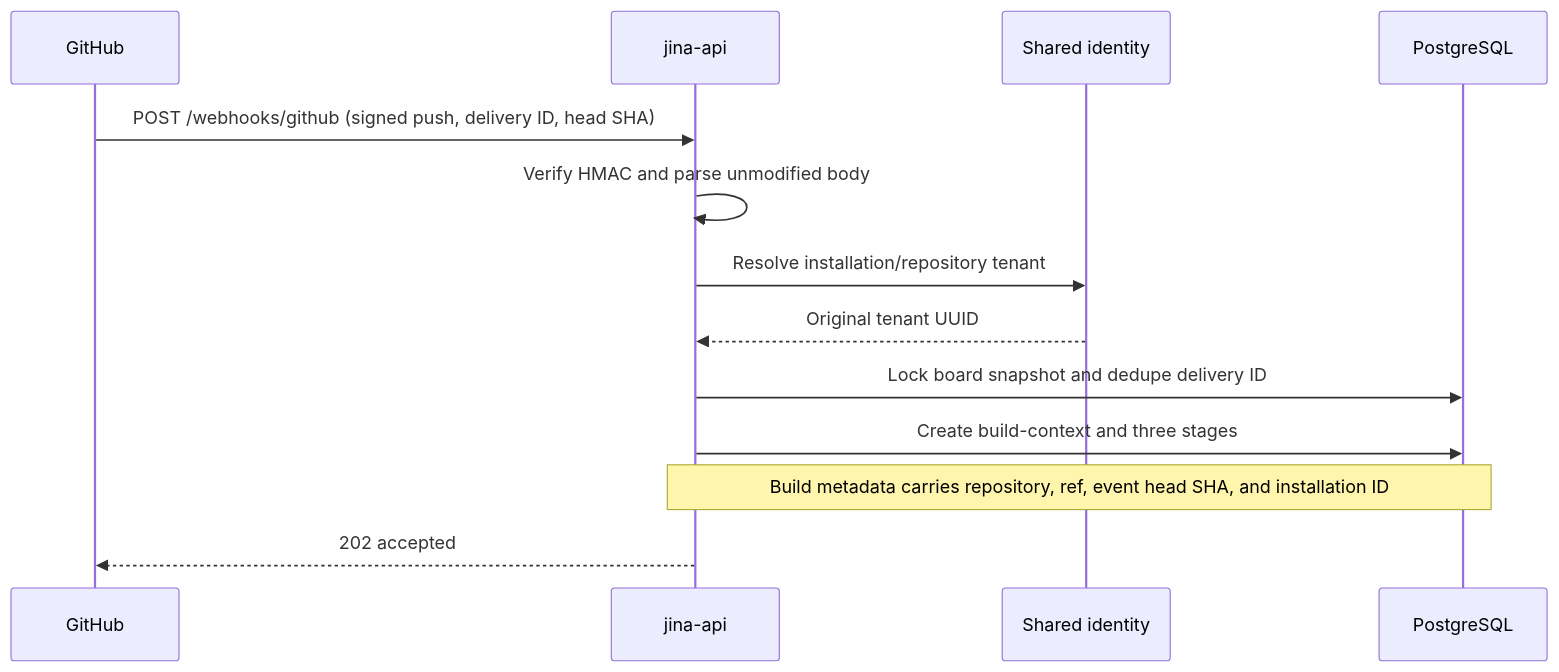
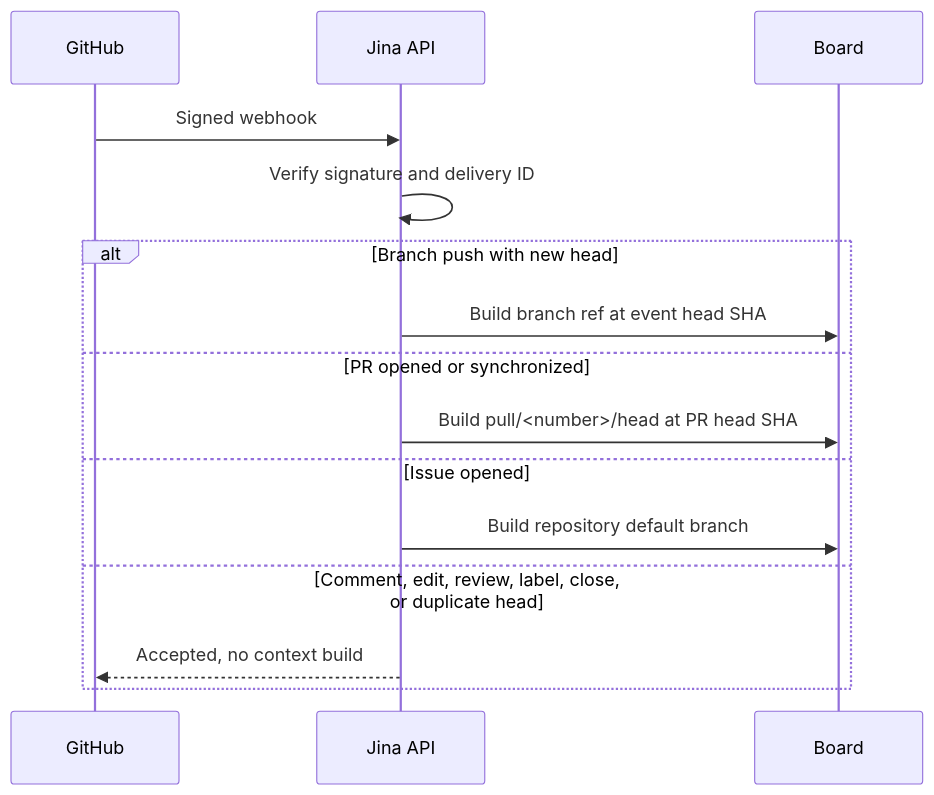
One commit to keon/jina-context-wiki-e2e-20260808 changed the first of 8 diagrams in docs/SEQUENCE_DIAGRAM.md. Above: the diagram before and after it, drawn with Mermaid. The commit also changed other lines of this file and 248 other files, not shown here.

````diff
--- a/docs/SEQUENCE_DIAGRAM.md
+++ b/docs/SEQUENCE_DIAGRAM.md
@@ -8,16 +5,18 @@
 ```mermaid
 sequenceDiagram
     participant GH as GitHub
-    participant API as jina-api
-    participant ID as Shared identity
-    participant DB as PostgreSQL
+    participant API as Jina API
+    participant B as Board
 
-    GH->>API: POST /webhooks/github (signed push, delivery ID, head SHA)
-    API->>API: Verify HMAC and parse unmodified body
-    API->>ID: Resolve installation/repository tenant
-    ID-->>API: Original tenant UUID
-    API->>DB: Lock board snapshot and dedupe delivery ID
-    API->>DB: Create build-context and three stages
-    Note over API,DB: Build metadata carries repository, ref, event head SHA, and installation ID
-    API-->>GH: 202 accepted
+    GH->>API: Signed webhook
+    API->>API: Verify signature and delivery ID
+    alt Branch push with new head
+        API->>B: Build branch ref at event head SHA
+    else PR opened or synchronized
+        API->>B: Build pull/<number>/head at PR head SHA
+    else Issue opened
+        API->>B: Build repository default branch
+    else Comment, edit, review, label, close, or duplicate head
+        API-->>GH: Accepted, no context build
+    end
 ```
````
